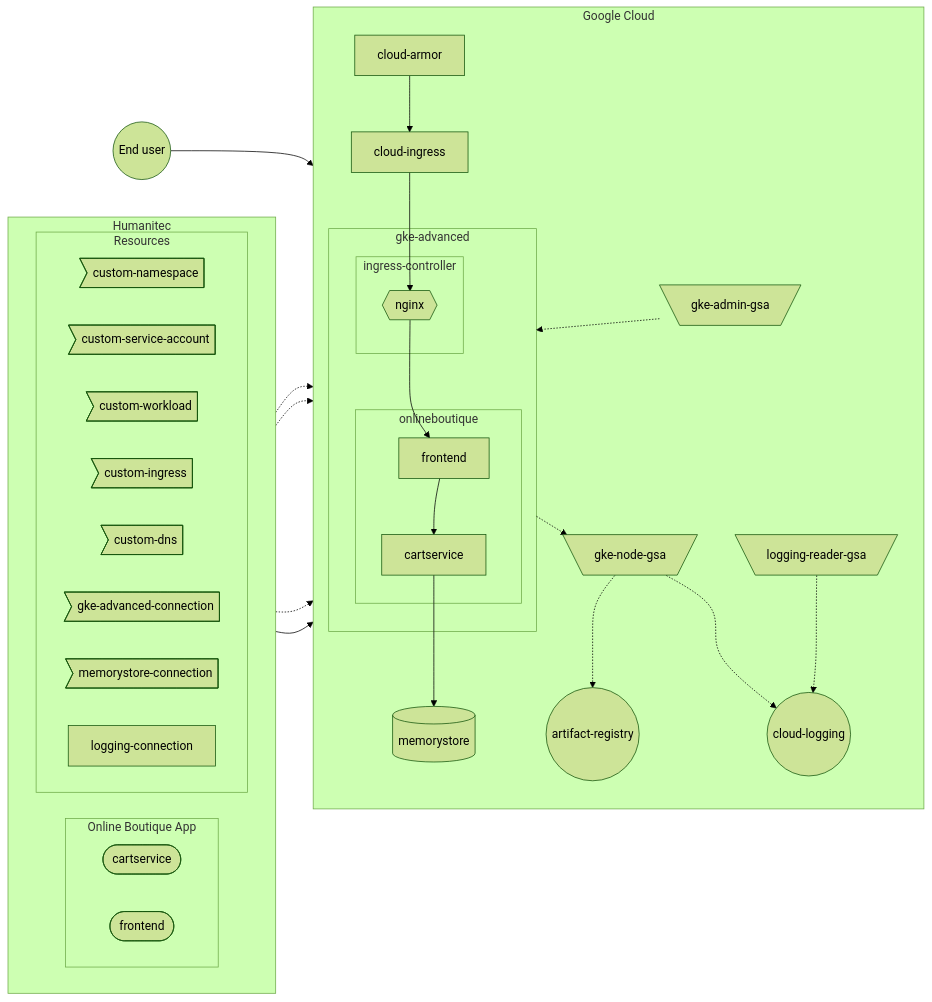
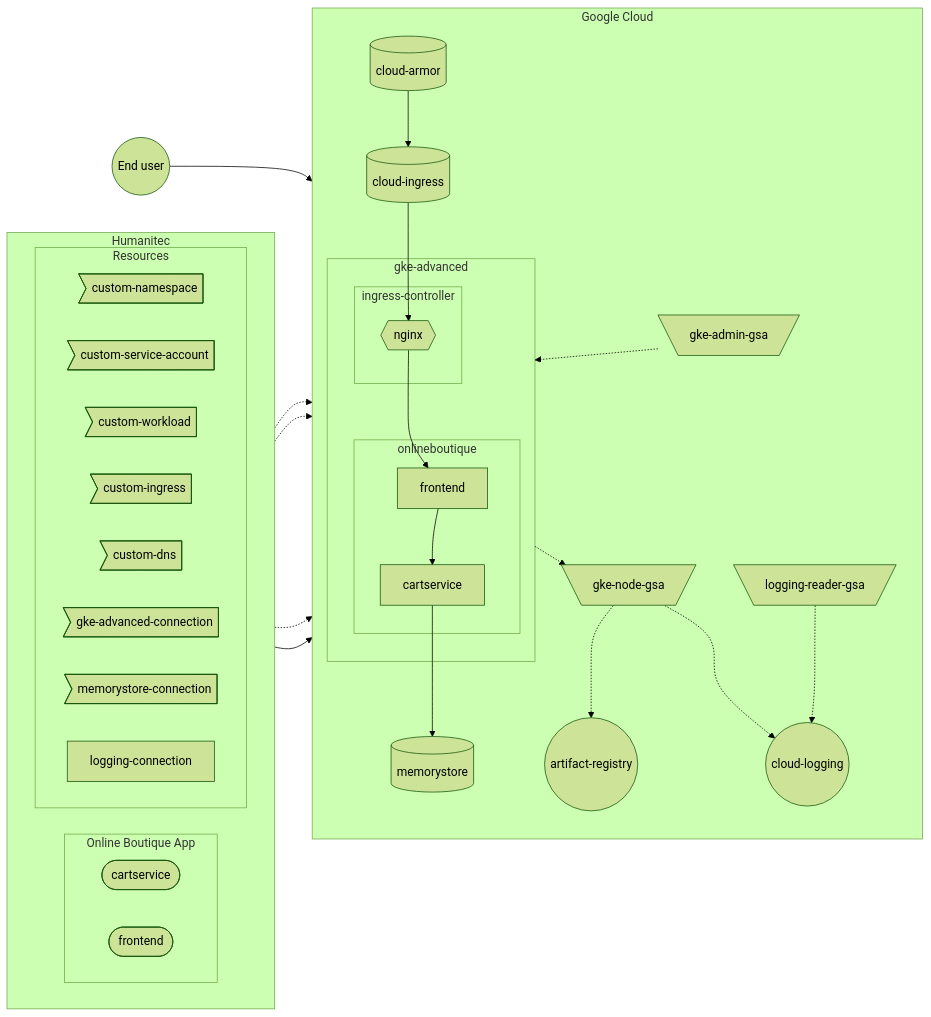
One commit to mathieu-benoit/hello-humanitec changed the diagram in docs/gke-advanced.md. Above: the diagram before and after it, drawn with Mermaid (forest theme).

Commit message:
update gke-advanced graph

````diff
--- a/docs/gke-advanced.md
+++ b/docs/gke-advanced.md
@@ -15,49 +15,49 @@
 ```mermaid
 flowchart LR
   subgraph Humanitec
     direction LR
     subgraph onlineboutique-app [Online Boutique App]
       direction LR
       cartservice-workload([cartservice])
       frontend-workload([frontend])
     end
     subgraph Resources
         custom-namespace>custom-namespace]
         custom-service-account>custom-service-account]
         custom-workload>custom-workload]
         custom-ingress>custom-ingress]
         custom-dns>custom-dns]
         gke-advanced-connection>gke-advanced-connection]
         memorystore-connection>memorystore-connection]
         logging-connection
     end
   end
   subgraph Google Cloud
     direction TB
     subgraph gke-advanced
         subgraph ingress-controller
             nginx{{nginx}}
         end
         subgraph onlineboutique
             frontend-->cartservice
         end
         nginx-->frontend
     end
     gke-admin-gsa[\gke-admin-gsa/]
     memorystore-connection-.->memorystore[(memorystore)]
     onlineboutique-app-->onlineboutique
     cartservice-->memorystore
     logging-reader-gsa[\logging-reader-gsa/]
     cloud-logging((cloud-logging))
     gke-advanced-.->gke-node-gsa[\gke-node-gsa/]
     gke-node-gsa-.->artifact-registry((artifact-registry))
     gke-node-gsa-.->cloud-logging
-    cloud-armor-->cloud-ingress
+    cloud-armor[(cloud-armor)]-->cloud-ingress[(cloud-ingress)]
   end
   enduser((End user))-->cloud-armor
   cloud-ingress-->nginx
   logging-connection-.->logging-reader-gsa
   logging-reader-gsa-.->cloud-logging
   gke-advanced-connection-.->gke-admin-gsa
   gke-admin-gsa-.->gke-advanced
 ```
````
